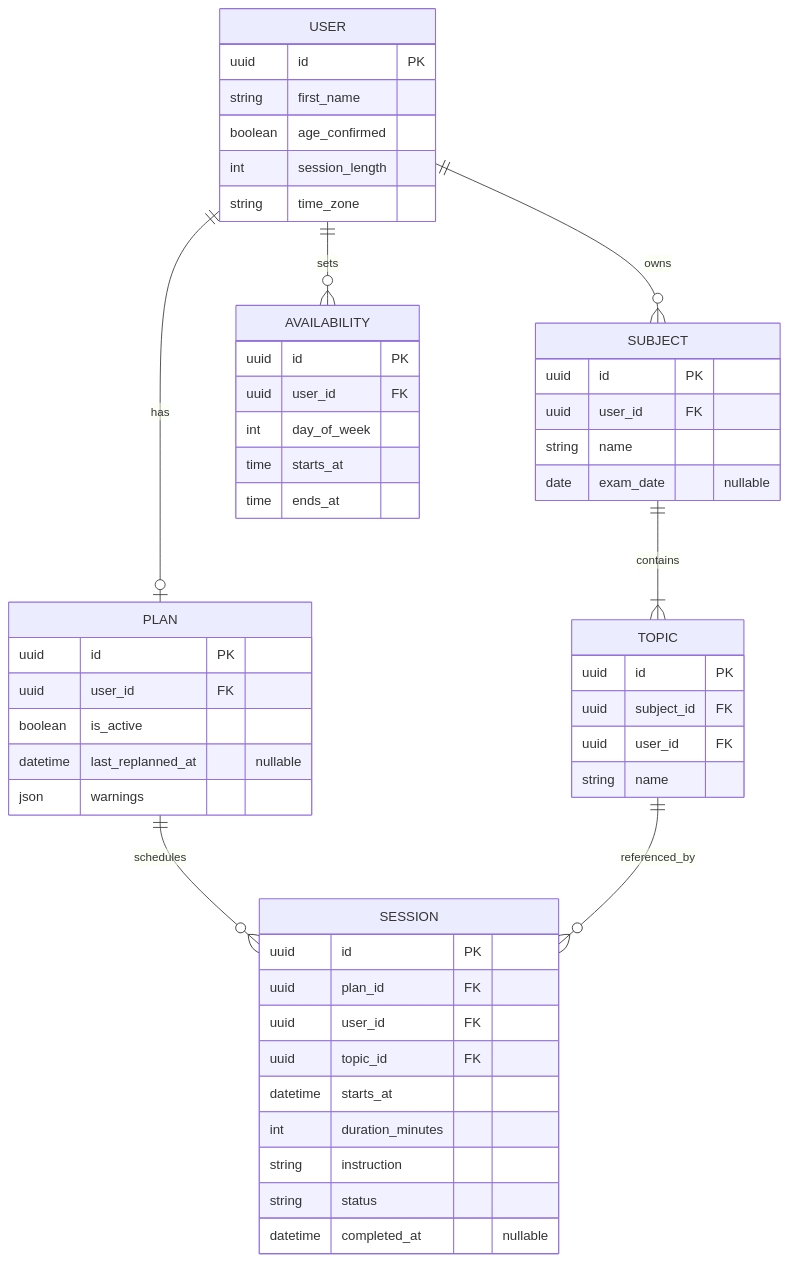
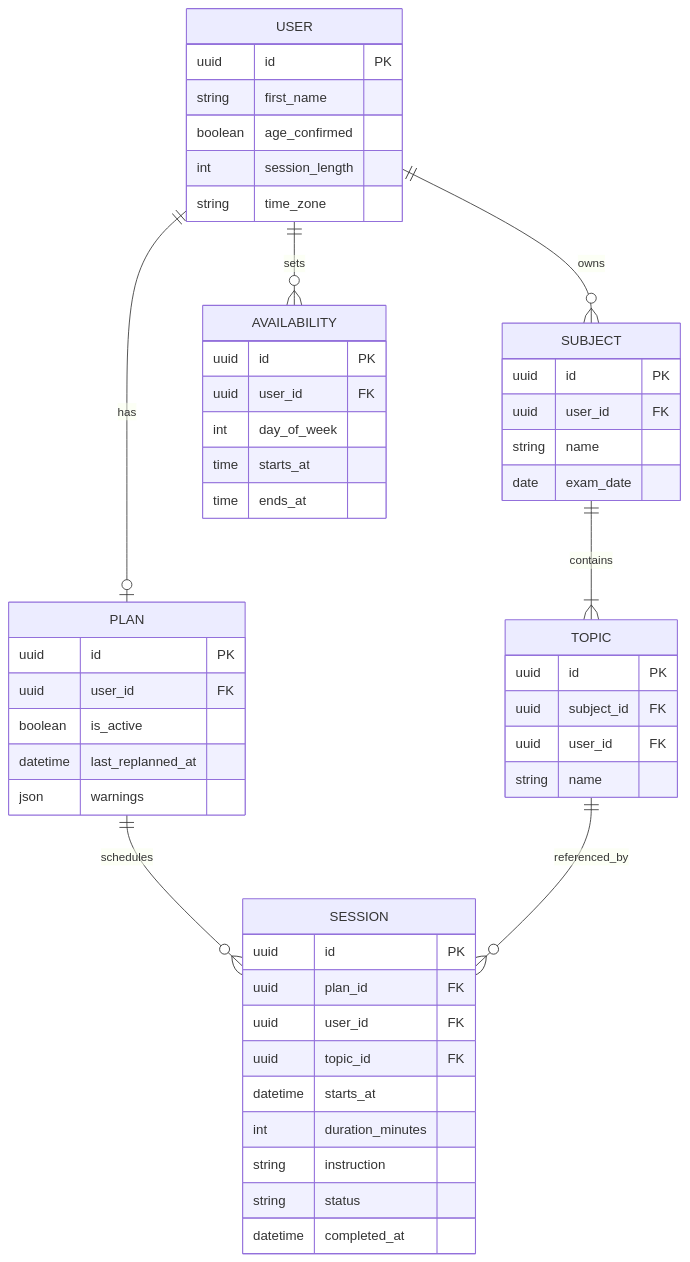
The eighth of 14 diagrams in market-research-hs.md (adam-sabri09/Pace), drawn with Mermaid before and after one commit. The commit also changed other lines of this file, not shown here.

First line of the commit message:
docs(research): harden Part II mermaid for cross-renderer compatibility

````diff
--- a/market-research-hs.md
+++ b/market-research-hs.md
@@ -564,54 +564,54 @@
 ```mermaid
 erDiagram
     USER ||--o{ SUBJECT : owns
     USER ||--o{ AVAILABILITY : sets
     USER ||--o| PLAN : has
     SUBJECT ||--|{ TOPIC : contains
     PLAN ||--o{ SESSION : schedules
     TOPIC ||--o{ SESSION : referenced_by
 
     USER {
         uuid id PK
         string first_name
         boolean age_confirmed
         int session_length
         string time_zone
     }
     SUBJECT {
         uuid id PK
         uuid user_id FK
         string name
-        date exam_date "nullable"
+        date exam_date
     }
     TOPIC {
         uuid id PK
         uuid subject_id FK
         uuid user_id FK
         string name
     }
     AVAILABILITY {
         uuid id PK
         uuid user_id FK
         int day_of_week
         time starts_at
         time ends_at
     }
     PLAN {
         uuid id PK
         uuid user_id FK
         boolean is_active
-        datetime last_replanned_at "nullable"
+        datetime last_replanned_at
         json warnings
     }
     SESSION {
         uuid id PK
         uuid plan_id FK
         uuid user_id FK
         uuid topic_id FK
         datetime starts_at
         int duration_minutes
         string instruction
         string status
-        datetime completed_at "nullable"
+        datetime completed_at
     }
 ```
````
